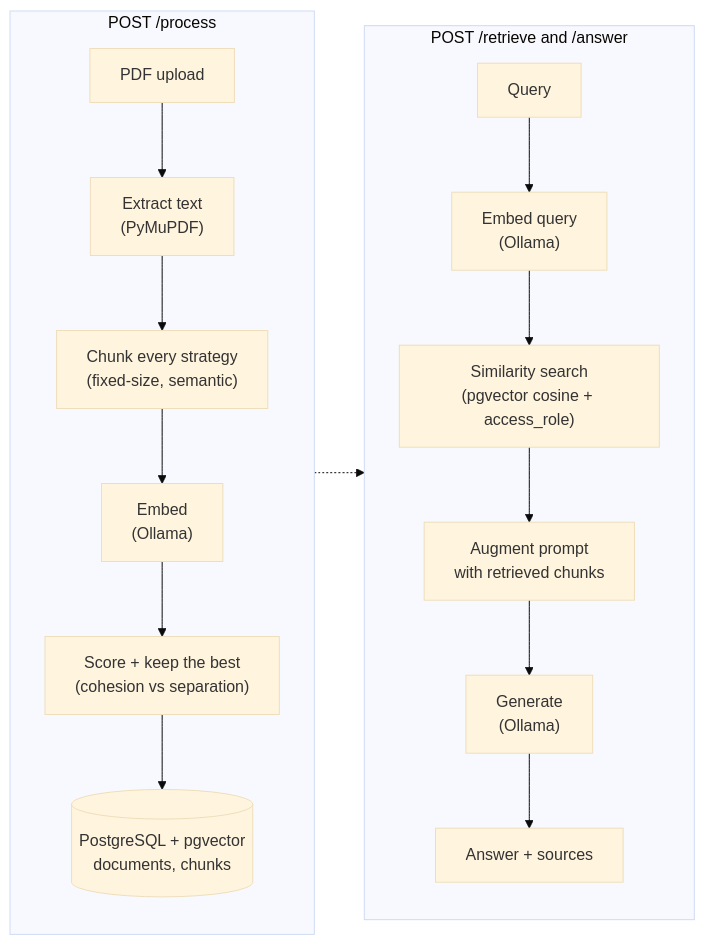
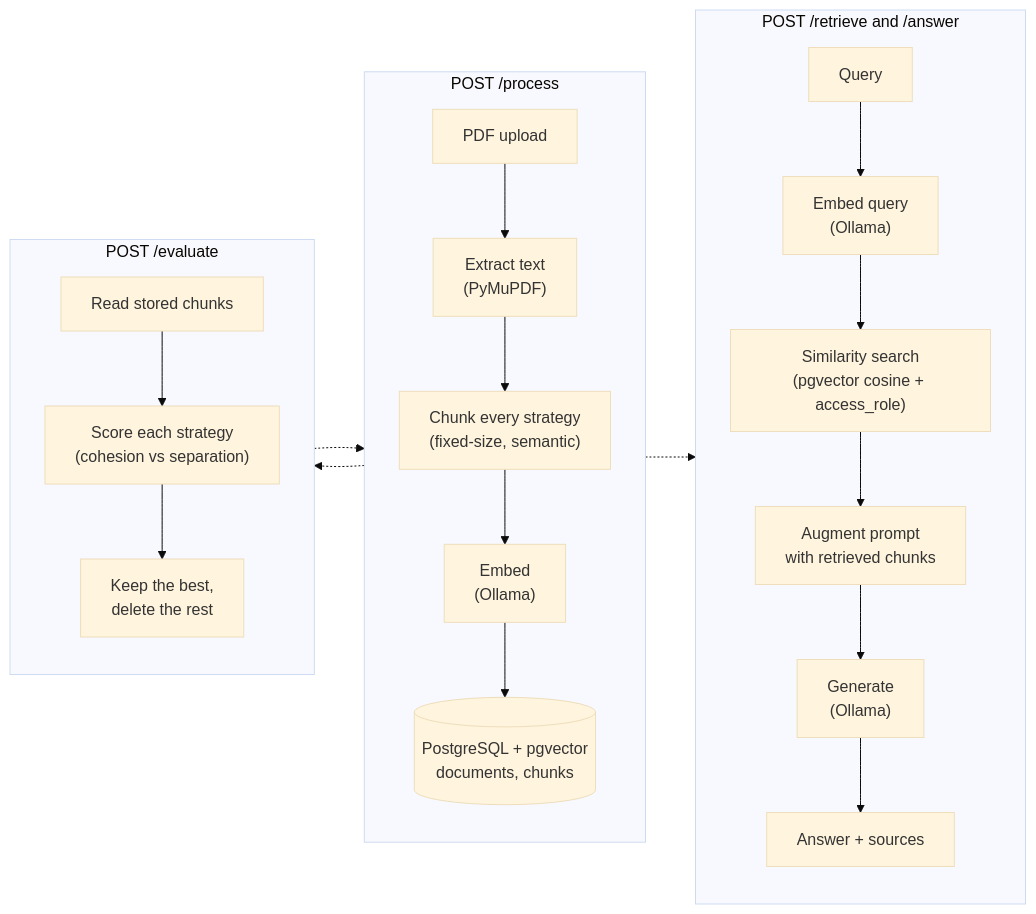
The diagram in README.md (mh2005in/RAG-Assistant-with-Real-Evals), drawn with Mermaid (base theme) before and after one commit. The commit also changed other lines of this file and 18 other files, not shown here.

````diff
--- a/README.md
+++ b/README.md
@@ -19,20 +19,26 @@
 ```mermaid
 flowchart LR
     subgraph ingest["POST /process"]
       direction TB
       U["PDF upload"] --> EX["Extract text<br/>(PyMuPDF)"]
       EX --> CH["Chunk every strategy<br/>(fixed-size, semantic)"]
       CH --> EM1["Embed<br/>(Ollama)"]
-      EM1 --> SC["Score + keep the best<br/>(cohesion vs separation)"]
-      SC --> ST[("PostgreSQL + pgvector<br/>documents, chunks")]
+      EM1 --> ST[("PostgreSQL + pgvector<br/>documents, chunks")]
+    end
+    subgraph eval["POST /evaluate"]
+      direction TB
+      RD["Read stored chunks"] --> SC["Score each strategy<br/>(cohesion vs separation)"]
+      SC --> PR["Keep the best,<br/>delete the rest"]
     end
     subgraph ask["POST /retrieve and /answer"]
       direction TB
       Q["Query"] --> EM2["Embed query<br/>(Ollama)"]
       EM2 --> SR["Similarity search<br/>(pgvector cosine + access_role)"]
       SR --> AUG["Augment prompt<br/>with retrieved chunks"]
       AUG --> GEN["Generate<br/>(Ollama)"]
       GEN --> A["Answer + sources"]
     end
+    ST -.-> RD
+    PR -.-> ST
     ST -.-> SR
 ```
````
